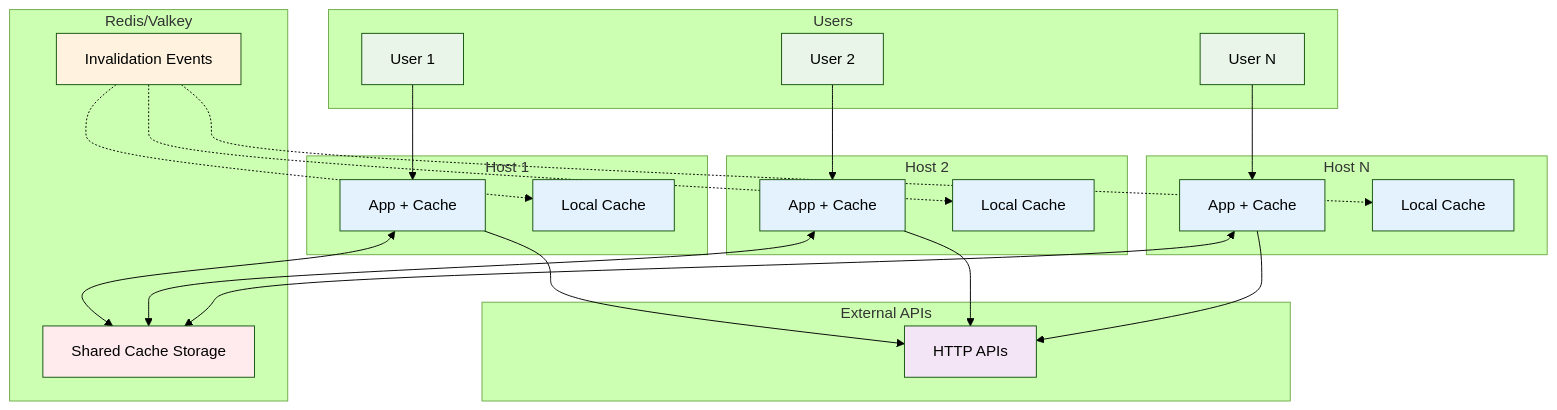
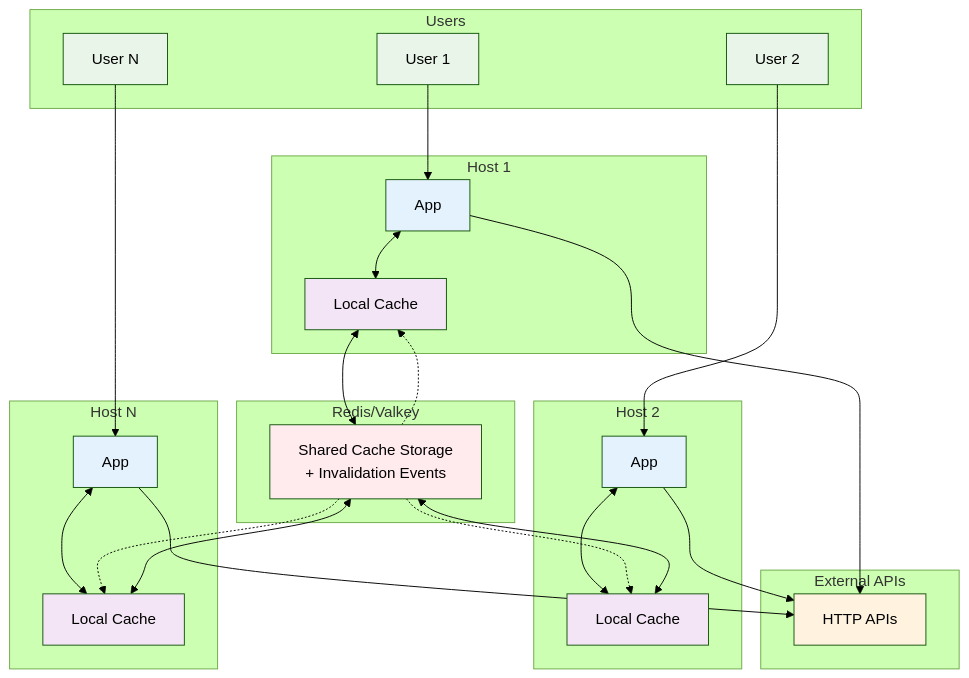
One commit to platformatic/undici-cache-redis changed the first of 2 diagrams in README.md. Above: the diagram before and after it, drawn with Mermaid (forest theme).

Commit message:
docs: refactor multi-host diagram with integrated invalidation events

````diff
--- a/README.md
+++ b/README.md
@@ -231,60 +231,63 @@
 ```mermaid
 graph TB
     subgraph "Users"
         U1[User 1]
         U2[User 2]
         U3[User N]
     end
     
     subgraph "Host 1"
-        A1[App + Cache]
+        A1[App]
         B1[Local Cache]
     end
     
     subgraph "Host 2" 
-        A2[App + Cache]
+        A2[App]
         B2[Local Cache]
     end
     
     subgraph "Host N"
-        A3[App + Cache]
+        A3[App]
         B3[Local Cache]
     end
     
     subgraph "Redis/Valkey"
-        R[Shared Cache Storage]
-        E[Invalidation Events]
+        R[Shared Cache Storage<br/>+ Invalidation Events]
     end
     
     subgraph "External APIs"
         API[HTTP APIs]
     end
     
     U1 --> A1
     U2 --> A2
     U3 --> A3
     
-    A1 <--> R
-    A2 <--> R
-    A3 <--> R
+    A1 <--> B1
+    A2 <--> B2
+    A3 <--> B3
+    
+    B1 <--> R
+    B2 <--> R
+    B3 <--> R
     
     A1 --> API
     A2 --> API
     A3 --> API
     
-    E -.-> B1
-    E -.-> B2
-    E -.-> B3
+    R -.-> B1
+    R -.-> B2
+    R -.-> B3
     
     classDef users fill:#e8f5e8
-    classDef host fill:#e3f2fd
+    classDef app fill:#e3f2fd
+    classDef cache fill:#f3e5f5
     classDef redis fill:#ffebee
-    classDef events fill:#fff3e0
-    classDef api fill:#f3e5f5
+    classDef api fill:#fff3e0
     
     class U1,U2,U3 users
-    class A1,A2,A3,B1,B2,B3 host
+    class A1,A2,A3 app
+    class B1,B2,B3 cache
     class R redis
-    class E events
     class API api
 ```
````
